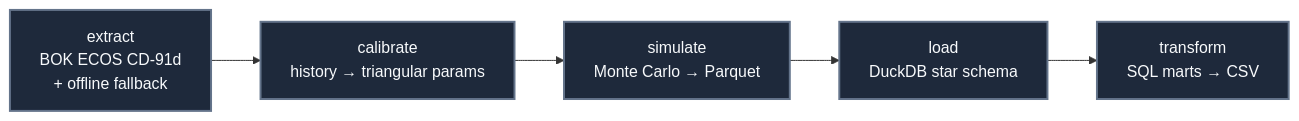
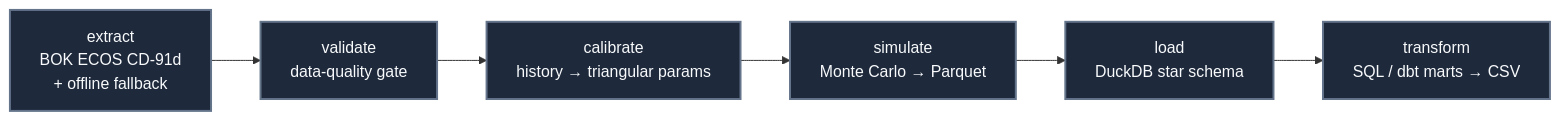
Before and after one commit to aestim/real-estate-pf-liquidity-risk: the third of 3 diagrams in README.md, drawn with Mermaid. The commit also changed other lines of this file and 19 other files, not shown here.

First line of the commit message:
feat: add data-quality gate + dbt (duckdb) transform layer with tests

````diff
--- a/README.md
+++ b/README.md
@@ -205,8 +205,9 @@
 ```mermaid
 flowchart LR
     classDef stage fill:#1e293b,stroke:#64748b,stroke-width:2px,color:#f8fafc
-    E[extract<br/>BOK ECOS CD-91d<br/>+ offline fallback]:::stage --> C[calibrate<br/>history → triangular params]:::stage
+    E[extract<br/>BOK ECOS CD-91d<br/>+ offline fallback]:::stage --> V[validate<br/>data-quality gate]:::stage
+    V --> C[calibrate<br/>history → triangular params]:::stage
     C --> S[simulate<br/>Monte Carlo → Parquet]:::stage
     S --> L[load<br/>DuckDB star schema]:::stage
-    L --> T[transform<br/>SQL marts → CSV]:::stage
+    L --> T[transform<br/>SQL / dbt marts → CSV]:::stage
 ```
````
